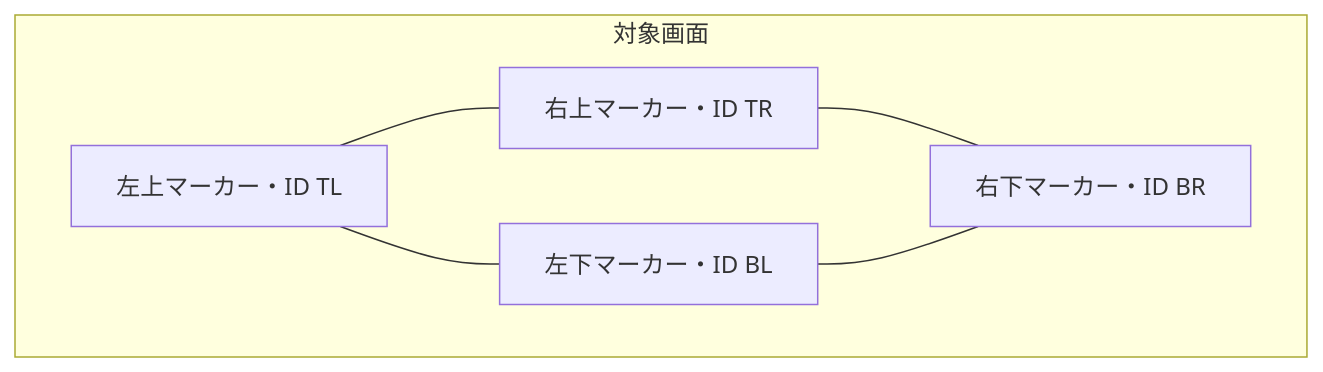
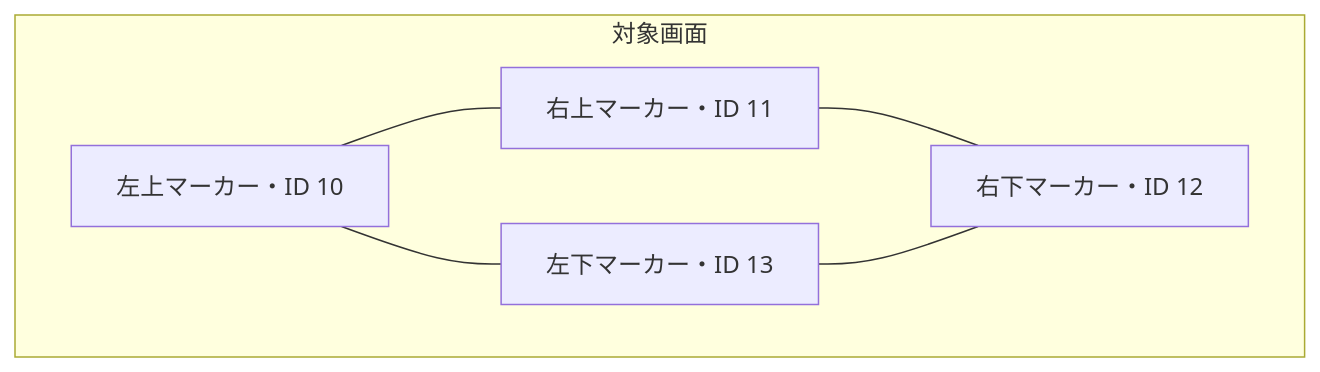
The fifth of 13 diagrams in docs/android-app-requirements.md (KIT-DevelopersHub/screact), drawn with Mermaid before and after one commit. The commit also changed other lines of this file and 7 other files, not shown here.

````diff
--- a/docs/android-app-requirements.md
+++ b/docs/android-app-requirements.md
@@ -223,13 +223,13 @@
 ```mermaid
 flowchart TB
     subgraph Screen[対象画面]
-        TL[左上マーカー・ID TL]
-        TR[右上マーカー・ID TR]
-        BL[左下マーカー・ID BL]
-        BR[右下マーカー・ID BR]
+        TL[左上マーカー・ID 10]
+        TR[右上マーカー・ID 11]
+        BL[左下マーカー・ID 13]
+        BR[右下マーカー・ID 12]
     end
     TL --- TR
     TL --- BL
     TR --- BR
     BL --- BR
 ```
````
